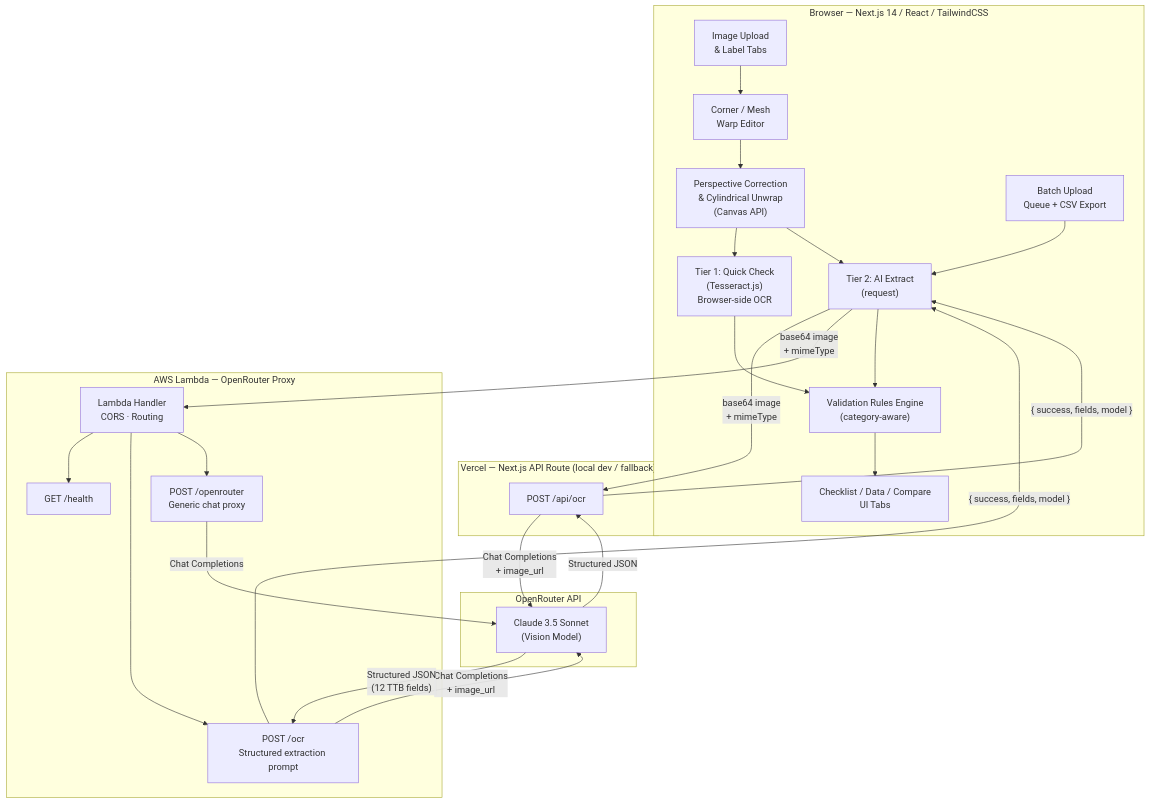
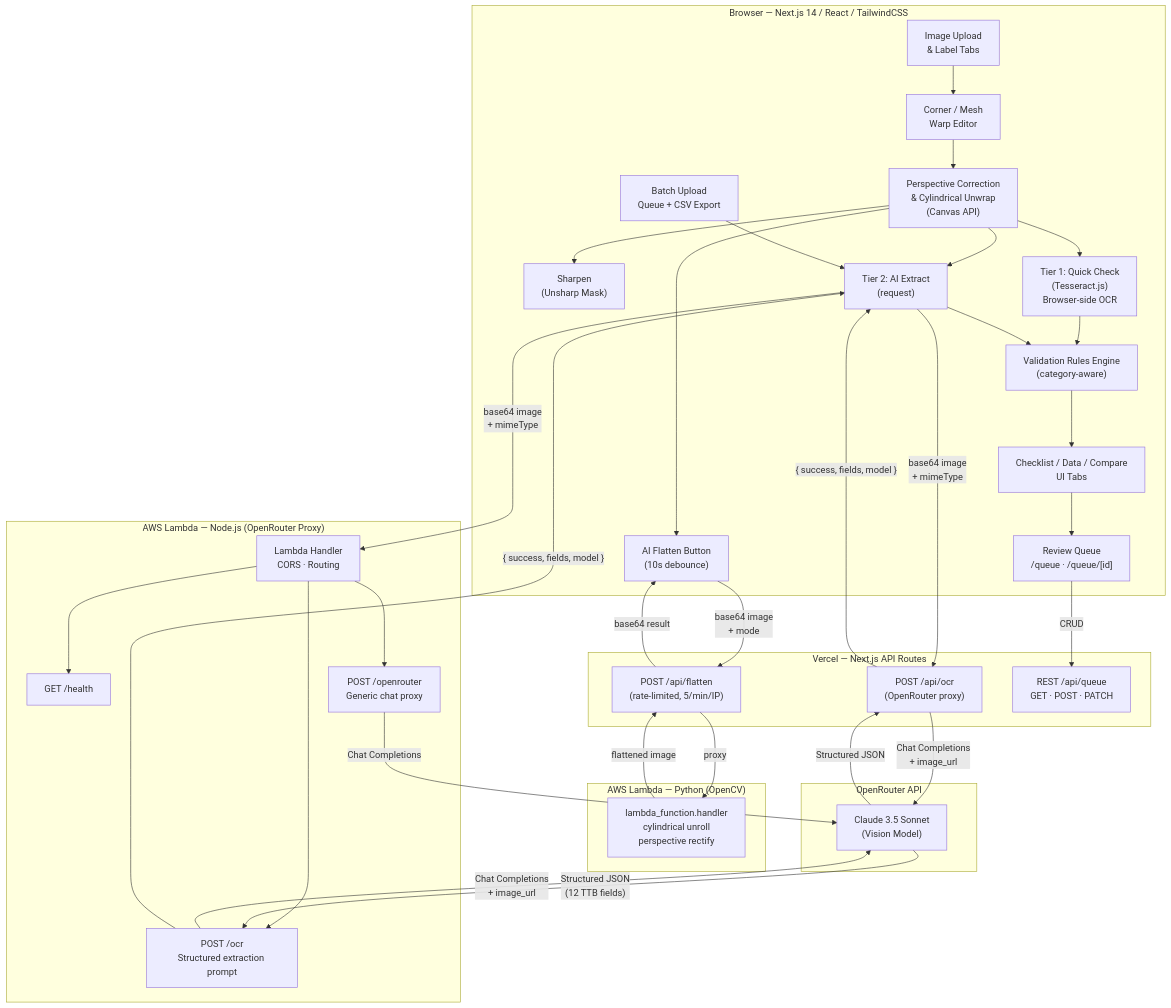
Before and after one commit to andyagtech/ttb-label-validator: the first of 3 diagrams in README.md, drawn with Mermaid. The commit also changed other lines of this file and 2 other files, not shown here.

Commit message:
Add INDEX.md repo guide, update architecture diagrams + project structure + API docs + deployment instructions for flatten Lambda, add /api/flatten to OpenAPI spec

````diff
--- a/README.md
+++ b/README.md
@@ -44,50 +44,67 @@
 ```mermaid
 flowchart TB
     subgraph Browser["Browser — Next.js 14 / React / TailwindCSS"]
         Upload["Image Upload\n& Label Tabs"]
         Editor["Corner / Mesh\nWarp Editor"]
         Canvas["Perspective Correction\n& Cylindrical Unwrap\n(Canvas API)"]
+        Sharpen["Sharpen\n(Unsharp Mask)"]
+        AiFlatBtn["AI Flatten Button\n(10s debounce)"]
         T1["Tier 1: Quick Check\n(Tesseract.js)\nBrowser-side OCR"]
         T2Trigger["Tier 2: AI Extract\n(request)"]
         Validation["Validation Rules Engine\n(category-aware)"]
         Checklist["Checklist / Data / Compare\nUI Tabs"]
         Batch["Batch Upload\nQueue + CSV Export"]
+        Queue["Review Queue\n/queue · /queue/[id]"]
 
         Upload --> Editor --> Canvas
+        Canvas --> Sharpen
+        Canvas --> AiFlatBtn
         Canvas --> T1
         Canvas --> T2Trigger
         T1 --> Validation
         Validation --> Checklist
         Batch --> T2Trigger
+        Checklist --> Queue
     end
 
-    subgraph Vercel["Vercel — Next.js API Route (local dev / fallback)"]
-        ApiOcr["POST /api/ocr"]
+    subgraph VercelAPI["Vercel — Next.js API Routes"]
+        ApiOcr["POST /api/ocr\n(OpenRouter proxy)"]
+        ApiFlatten["POST /api/flatten\n(rate-limited, 5/min/IP)"]
+        ApiQueue["REST /api/queue\nGET · POST · PATCH"]
     end
 
-    subgraph Lambda["AWS Lambda — OpenRouter Proxy"]
+    subgraph LambdaOCR["AWS Lambda — Node.js (OpenRouter Proxy)"]
         LambdaRouter["Lambda Handler\nCORS · Routing"]
         Health["GET /health"]
         OcrHandler["POST /ocr\nStructured extraction prompt"]
         ProxyHandler["POST /openrouter\nGeneric chat proxy"]
 
         LambdaRouter --> Health
         LambdaRouter --> OcrHandler
         LambdaRouter --> ProxyHandler
     end
 
+    subgraph LambdaFlatten["AWS Lambda — Python (OpenCV)"]
+        FlattenHandler["lambda_function.handler\ncylindrical unroll\nperspective rectify"]
+    end
+
     subgraph OpenRouter["OpenRouter API"]
         Claude["Claude 3.5 Sonnet\n(Vision Model)"]
     end
 
     T2Trigger -- "base64 image\n+ mimeType" --> ApiOcr
     T2Trigger -- "base64 image\n+ mimeType" --> LambdaRouter
+    AiFlatBtn -- "base64 image\n+ mode" --> ApiFlatten
+    ApiFlatten -- "proxy" --> FlattenHandler
+    FlattenHandler -- "flattened image" --> ApiFlatten
+    ApiFlatten -- "base64 result" --> AiFlatBtn
     ApiOcr -- "Chat Completions\n+ image_url" --> Claude
     OcrHandler -- "Chat Completions\n+ image_url" --> Claude
     ProxyHandler -- "Chat Completions" --> Claude
     Claude -- "Structured JSON\n(12 TTB fields)" --> OcrHandler
     Claude -- "Structured JSON" --> ApiOcr
     OcrHandler -- "{ success, fields, model }" --> T2Trigger
     ApiOcr -- "{ success, fields, model }" --> T2Trigger
     T2Trigger --> Validation
+    Queue -- "CRUD" --> ApiQueue
 ```
````
